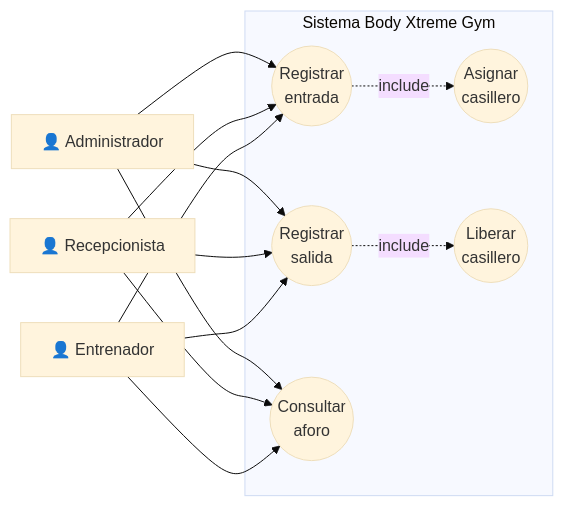
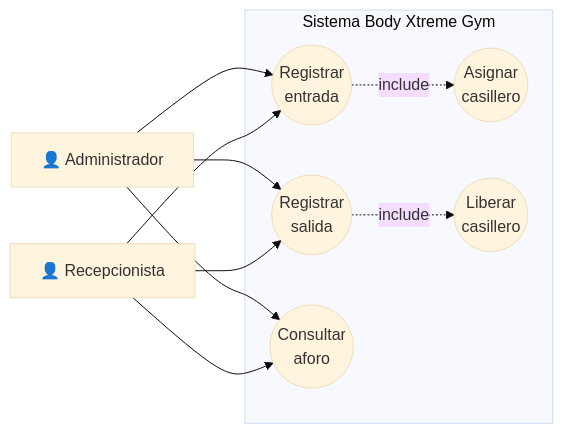
One commit to Tmine23/gym-core-system changed the third of 36 diagrams in DIAGRAMAS_TESIS.md. Above: the diagram before and after it, drawn with Mermaid (base theme). The commit also changed other lines of this file, not shown here.

First line of the commit message:
docs: Completar documentación de tesis con todos los diagramas UML

````diff
--- a/DIAGRAMAS_TESIS.md
+++ b/DIAGRAMAS_TESIS.md
@@ -87,29 +89,24 @@
 ```mermaid
 flowchart LR
     Admin[👤 Administrador]
     Recep[👤 Recepcionista]
-    Trainer[👤 Entrenador]
     
     subgraph Sistema["Sistema Body Xtreme Gym"]
         UC10((Registrar<br/>entrada))
         UC11((Registrar<br/>salida))
         UC12((Asignar<br/>casillero))
         UC13((Liberar<br/>casillero))
         UC14((Consultar<br/>aforo))
     end
     
     Admin --> UC10
     Admin --> UC11
     Admin --> UC14
     
     Recep --> UC10
     Recep --> UC11
     Recep --> UC14
     
-    Trainer --> UC10
-    Trainer --> UC11
-    Trainer --> UC14
-    
     UC10 -.->|include| UC12
     UC11 -.->|include| UC13
 ```
````
